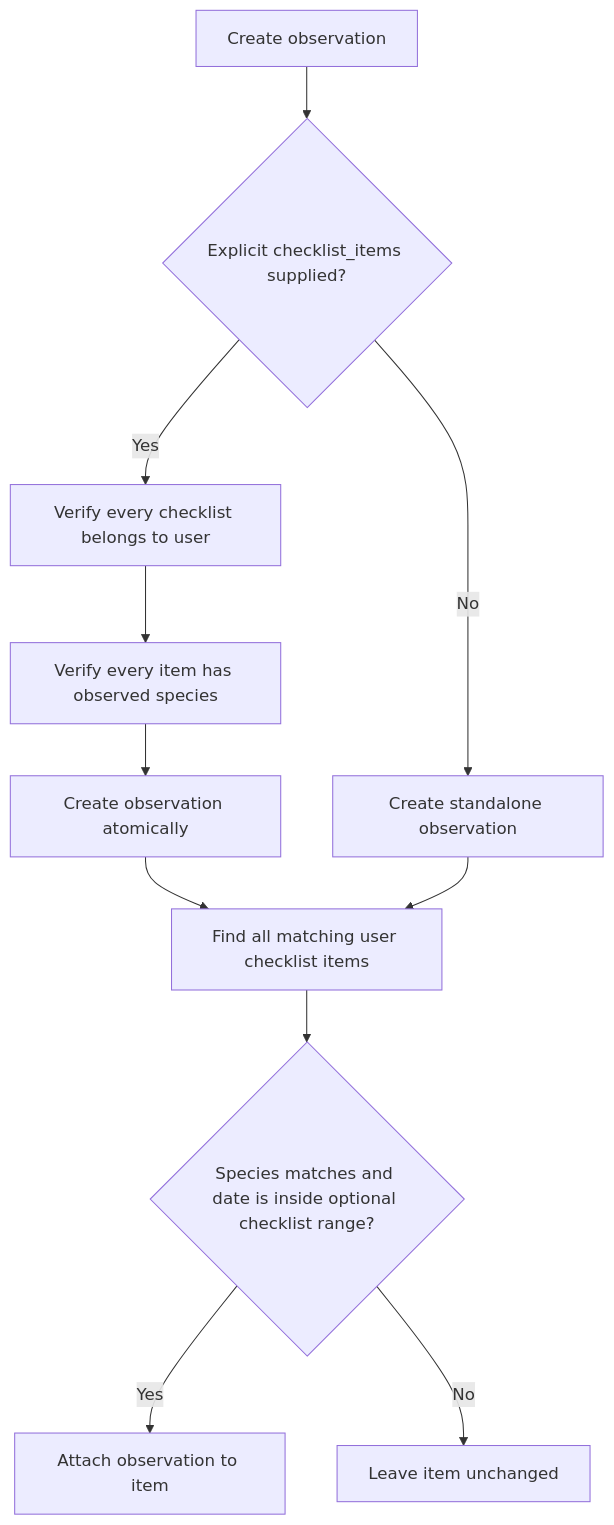
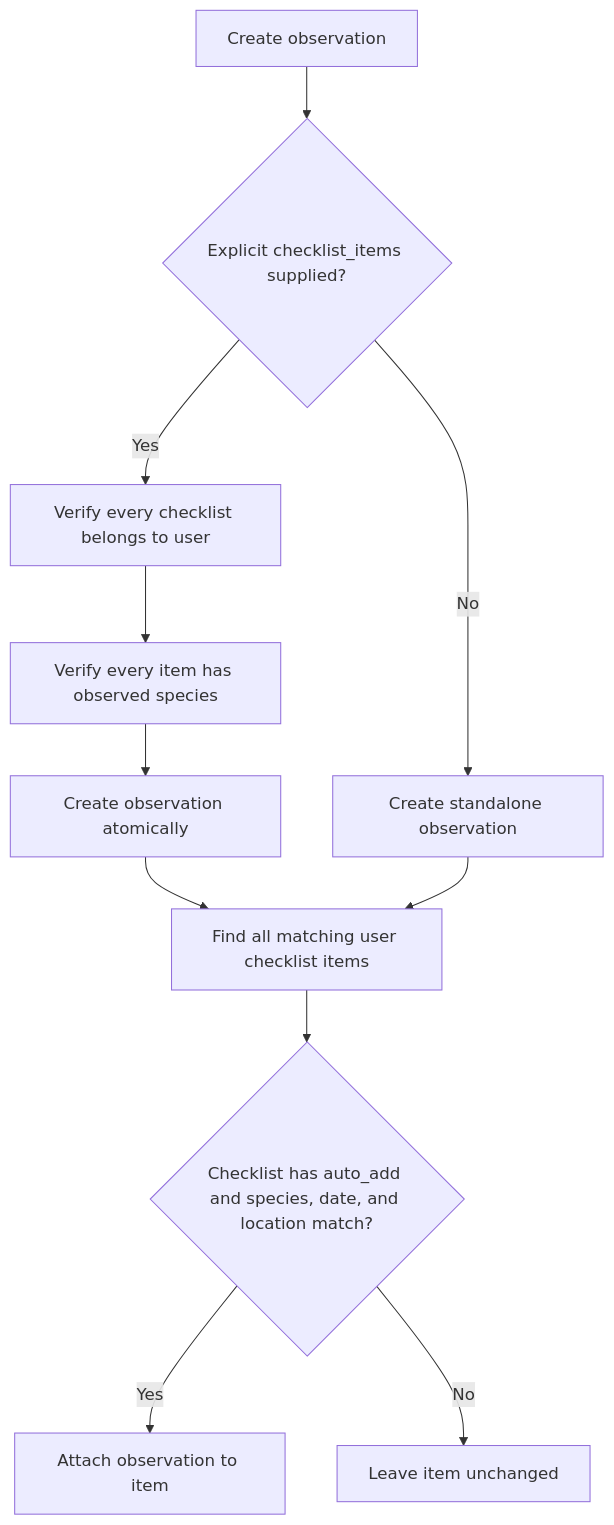
The second of 2 diagrams in docs/tempus/observations-and-checklists.md (FridaMerell/origo-api), drawn with Mermaid before and after one commit. The commit also changed other lines of this file and 5 other files, not shown here.

````diff
--- a/docs/tempus/observations-and-checklists.md
+++ b/docs/tempus/observations-and-checklists.md
@@ -41,13 +43,13 @@
 ```mermaid
 flowchart TD
     A[Create observation] --> B{Explicit checklist_items supplied?}
     B -- Yes --> C[Verify every checklist belongs to user]
     C --> D[Verify every item has observed species]
     D --> E[Create observation atomically]
     B -- No --> F[Create standalone observation]
     E --> G[Find all matching user checklist items]
     F --> G
-    G --> H{Species matches and date is inside optional checklist range?}
+    G --> H{Checklist has auto_add and species, date, and location match?}
     H -- Yes --> I[Attach observation to item]
     H -- No --> J[Leave item unchanged]
 ```
````
